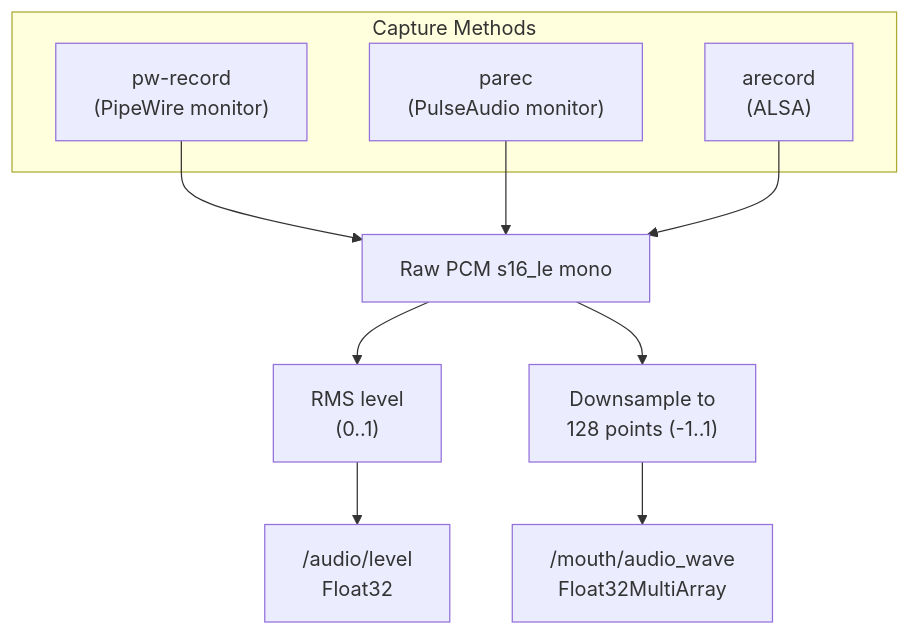
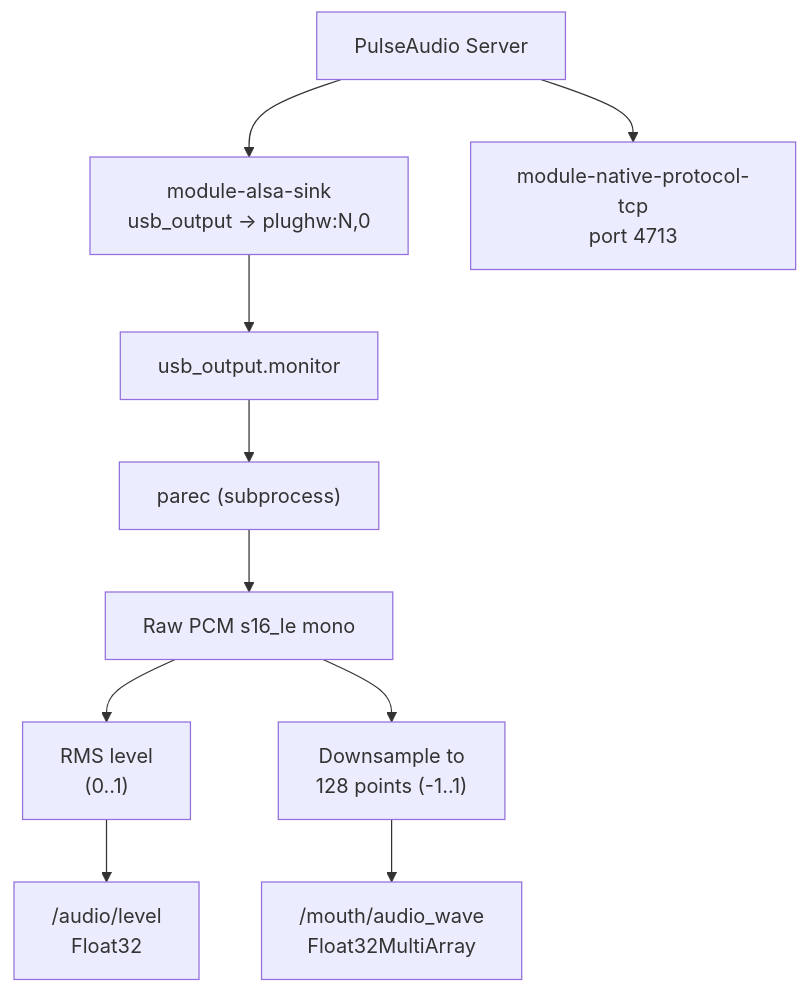
One commit to KillzoneCC/sound_mouth_sync changed the third of 4 diagrams in doc/ARCHITECTURE.md. Above: the diagram before and after it, drawn with Mermaid. The commit also changed other lines of this file and 6 other files, not shown here.

First line of the commit message:
PulseAudio TCP: доступ для хоста + документация для разработчиков

````diff
--- a/doc/ARCHITECTURE.md
+++ b/doc/ARCHITECTURE.md
@@ -70,18 +75,20 @@
 ```mermaid
 graph TD
-    subgraph captureMethods [Capture Methods]
-        PW["pw-record<br/>(PipeWire monitor)"]
-        PA["parec<br/>(PulseAudio monitor)"]
-        AL["arecord<br/>(ALSA)"]
-    end
+    PA["PulseAudio Server"]
+    SINK["module-alsa-sink<br/>usb_output → plughw:N,0"]
+    TCP["module-native-protocol-tcp<br/>port 4713"]
+    MON["usb_output.monitor"]
+    PAREC["parec (subprocess)"]
 
-    PW --> PCM["Raw PCM s16_le mono"]
-    PA --> PCM
-    AL --> PCM
+    PA --> SINK
+    PA --> TCP
+    SINK --> MON
+    MON --> PAREC
 
+    PAREC --> PCM["Raw PCM s16_le mono"]
     PCM --> RMS["RMS level<br/>(0..1)"]
     PCM --> WAVE["Downsample to<br/>128 points (-1..1)"]
 
     RMS --> PubLevel["/audio/level<br/>Float32"]
     WAVE --> PubWave["/mouth/audio_wave<br/>Float32MultiArray"]
 ```
````
